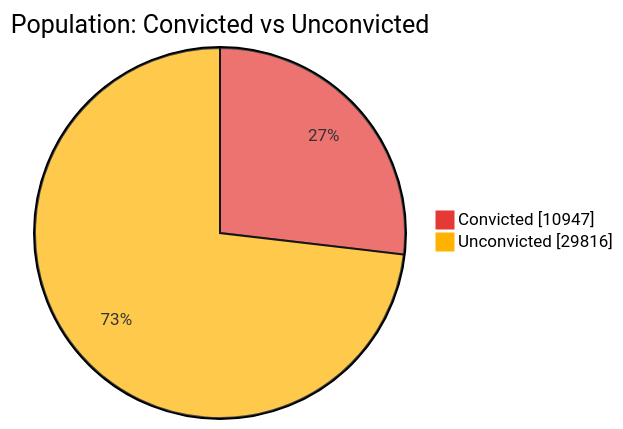
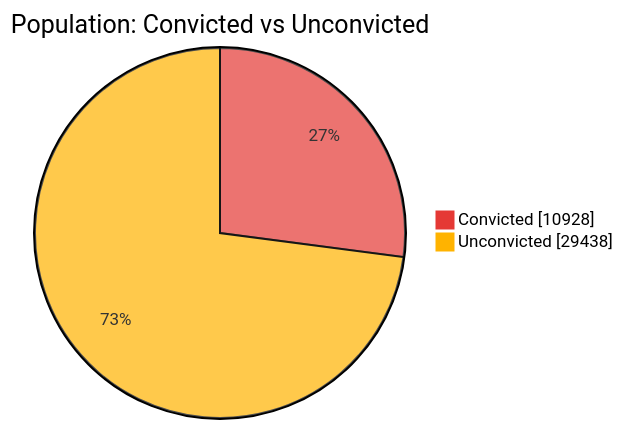
The first of 7 diagrams in README.md (nuuuwan/lk_prisons), drawn with Mermaid before and after one commit. The commit also changed other lines of this file and 1 other file, not shown here.

````diff
--- a/README.md
+++ b/README.md
@@ -43,6 +43,6 @@
 ```mermaid
 %%{init: {'themeVariables': {'pie1': '#E53935', 'pie2': '#FFB300'}}}%%
 pie showData title Population: Convicted vs Unconvicted
-    "Convicted" : 10947
-    "Unconvicted" : 29816
+    "Convicted" : 10928
+    "Unconvicted" : 29438
 ```
````
